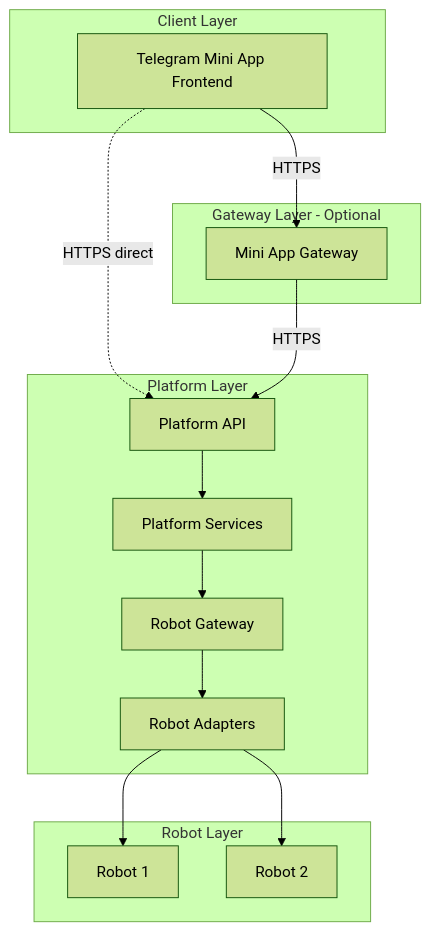
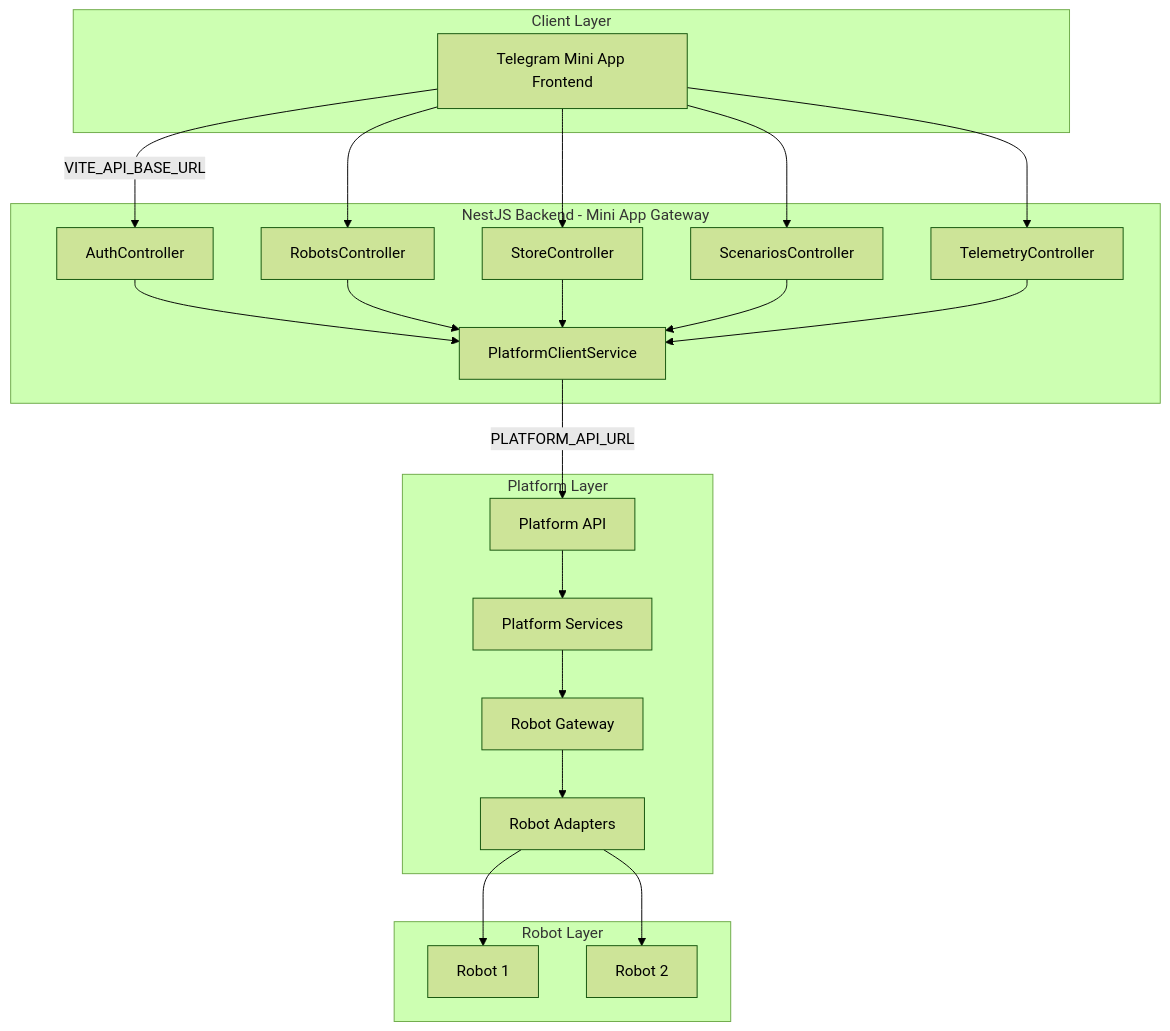
Before and after one commit to Saitosar/sai-aurosy-telegram-mini-app: the second of 3 diagrams in docs/architecture/system-architecture.md, drawn with Mermaid (forest theme). The commit also changed other lines of this file and 45 other files, not shown here.

Commit message:
Update environment configuration, enhance README, and refine backend architecture documentation. Added new dependencies for TON Connect and React Three Fiber, and improved API integration details in various documentation files.

````diff
--- a/docs/architecture/system-architecture.md
+++ b/docs/architecture/system-architecture.md
@@ -45,31 +45,44 @@
 ```mermaid
 flowchart TB
     subgraph Client [Client Layer]
         MiniAppFrontend[Telegram Mini App Frontend]
     end
 
-    subgraph GatewayLayer [Gateway Layer - Optional]
-        MiniAppGateway[Mini App Gateway]
+    subgraph GatewayLayer [NestJS Backend - Mini App Gateway]
+        AuthCtrl[AuthController]
+        RobotsCtrl[RobotsController]
+        StoreCtrl[StoreController]
+        ScenariosCtrl[ScenariosController]
+        TelemetryCtrl[TelemetryController]
+        PlatformClient[PlatformClientService]
     end
 
     subgraph PlatformLayer [Platform Layer]
         PlatformAPI[Platform API]
         PlatformServices[Platform Services]
         RobotGateway[Robot Gateway]
         RobotAdapters[Robot Adapters]
     end
 
     subgraph RobotLayer [Robot Layer]
         Robot1[Robot 1]
         Robot2[Robot 2]
     end
 
-    MiniAppFrontend -->|"HTTPS"| MiniAppGateway
-    MiniAppFrontend -.->|"HTTPS direct"| PlatformAPI
-    MiniAppGateway -->|"HTTPS"| PlatformAPI
+    MiniAppFrontend -->|"VITE_API_BASE_URL"| AuthCtrl
+    MiniAppFrontend --> RobotsCtrl
+    MiniAppFrontend --> StoreCtrl
+    MiniAppFrontend --> ScenariosCtrl
+    MiniAppFrontend --> TelemetryCtrl
+    AuthCtrl --> PlatformClient
+    RobotsCtrl --> PlatformClient
+    StoreCtrl --> PlatformClient
+    ScenariosCtrl --> PlatformClient
+    TelemetryCtrl --> PlatformClient
+    PlatformClient -->|"PLATFORM_API_URL"| PlatformAPI
     PlatformAPI --> PlatformServices
     PlatformServices --> RobotGateway
     RobotGateway --> RobotAdapters
     RobotAdapters --> Robot1
     RobotAdapters --> Robot2
 ```
````
